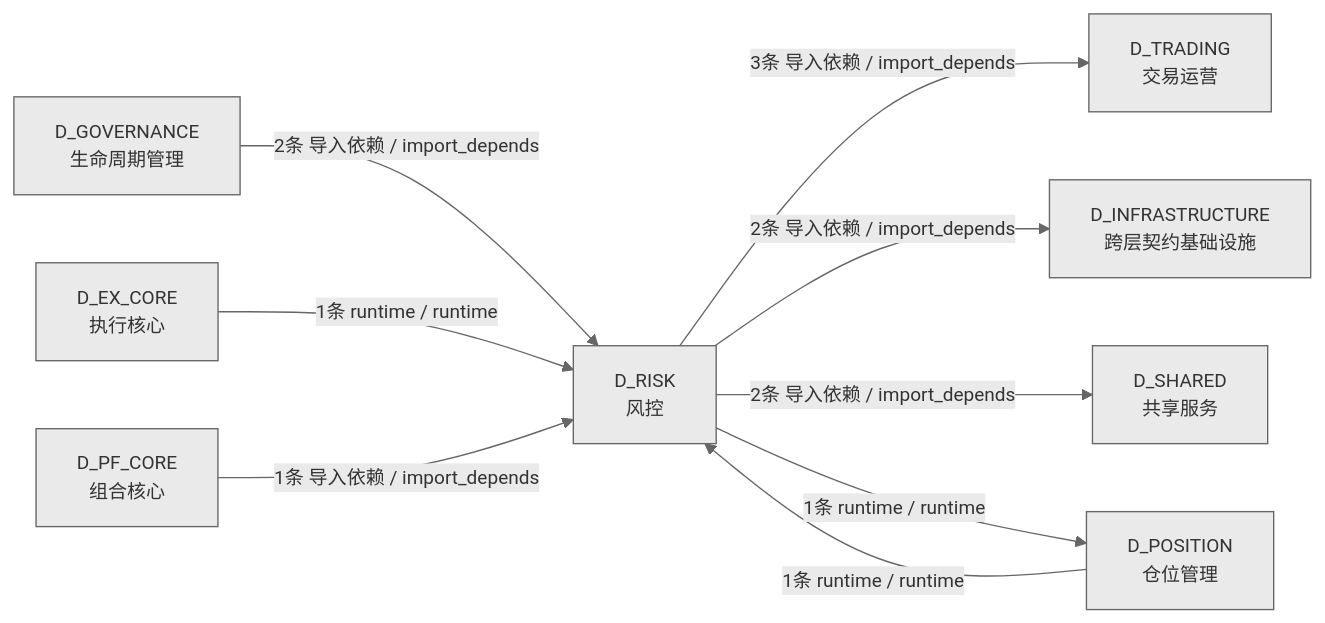
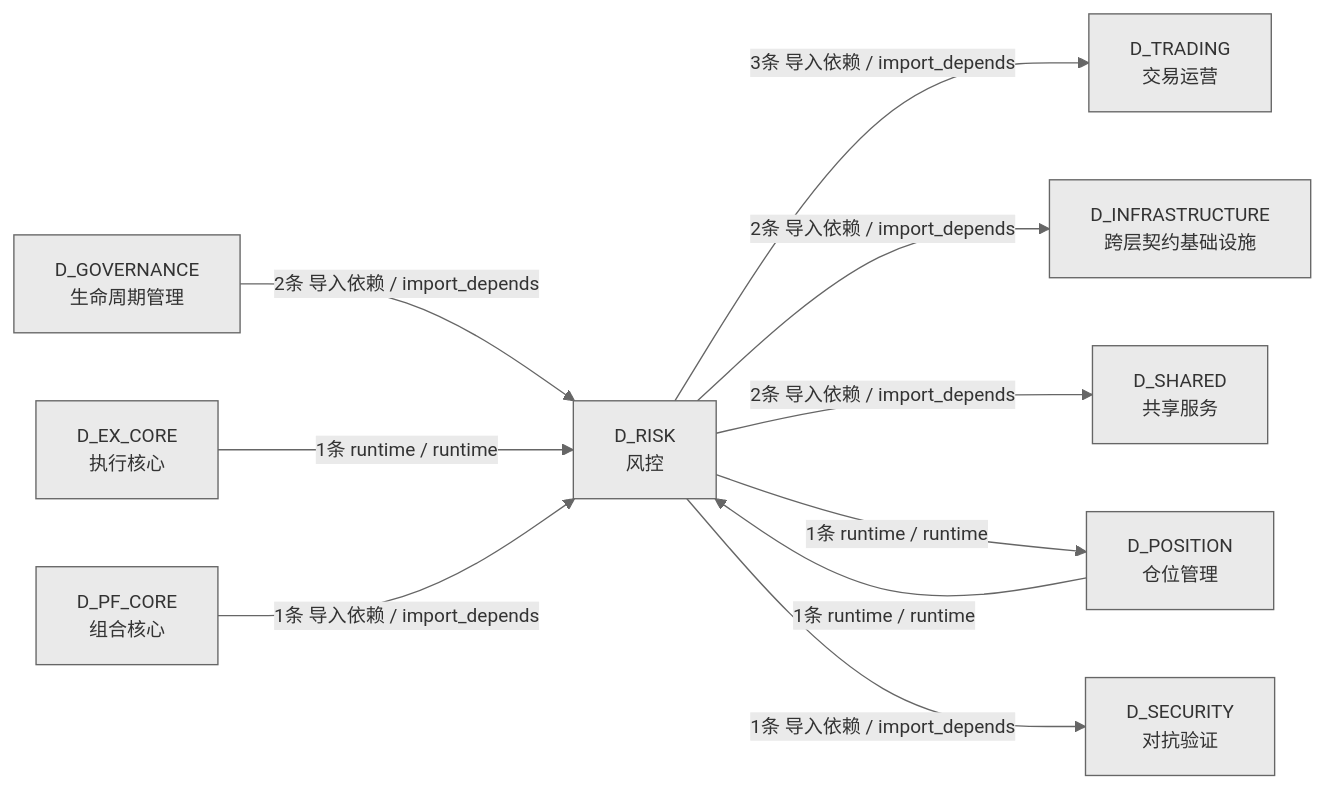
One commit to xuanFelixVan/ZephyrAlpha changed the fourth of 4 diagrams in docs/02_enterprise_architecture/02_domain_architecture_docs/65_d_risk.md. Above: the diagram before and after it, drawn with Mermaid. The commit also changed other lines of this file and 6 other files, not shown here.

````diff
--- a/docs/02_enterprise_architecture/02_domain_architecture_docs/65_d_risk.md
+++ b/docs/02_enterprise_architecture/02_domain_architecture_docs/65_d_risk.md
@@ -246,20 +248,22 @@
 ```mermaid
 %%{init: {'theme': 'base', 'themeVariables': {'primaryColor': '#eaeaea', 'primaryTextColor': '#333333', 'primaryBorderColor': '#666666', 'lineColor': '#666666', 'secondaryColor': '#eaeaea', 'tertiaryColor': '#eaeaea', 'fontSize': '14px'}}}%%
 graph LR
     D_RISK["D_RISK<br/>风控"]
     D_TRADING["D_TRADING<br/>交易运营"]
     D_INFRASTRUCTURE["D_INFRASTRUCTURE<br/>跨层契约基础设施"]
     D_SHARED["D_SHARED<br/>共享服务"]
     D_POSITION["D_POSITION<br/>仓位管理"]
+    D_SECURITY["D_SECURITY<br/>对抗验证"]
     D_GOVERNANCE["D_GOVERNANCE<br/>生命周期管理"]
     D_EX_CORE["D_EX_CORE<br/>执行核心"]
     D_PF_CORE["D_PF_CORE<br/>组合核心"]
     D_RISK -->|3条 导入依赖 / import_depends| D_TRADING
     D_RISK -->|2条 导入依赖 / import_depends| D_INFRASTRUCTURE
     D_RISK -->|2条 导入依赖 / import_depends| D_SHARED
     D_RISK -->|1条 runtime / runtime| D_POSITION
+    D_RISK -->|1条 导入依赖 / import_depends| D_SECURITY
     D_GOVERNANCE -->|2条 导入依赖 / import_depends| D_RISK
     D_EX_CORE -->|1条 runtime / runtime| D_RISK
     D_PF_CORE -->|1条 导入依赖 / import_depends| D_RISK
     D_POSITION -->|1条 runtime / runtime| D_RISK
 ```
````
